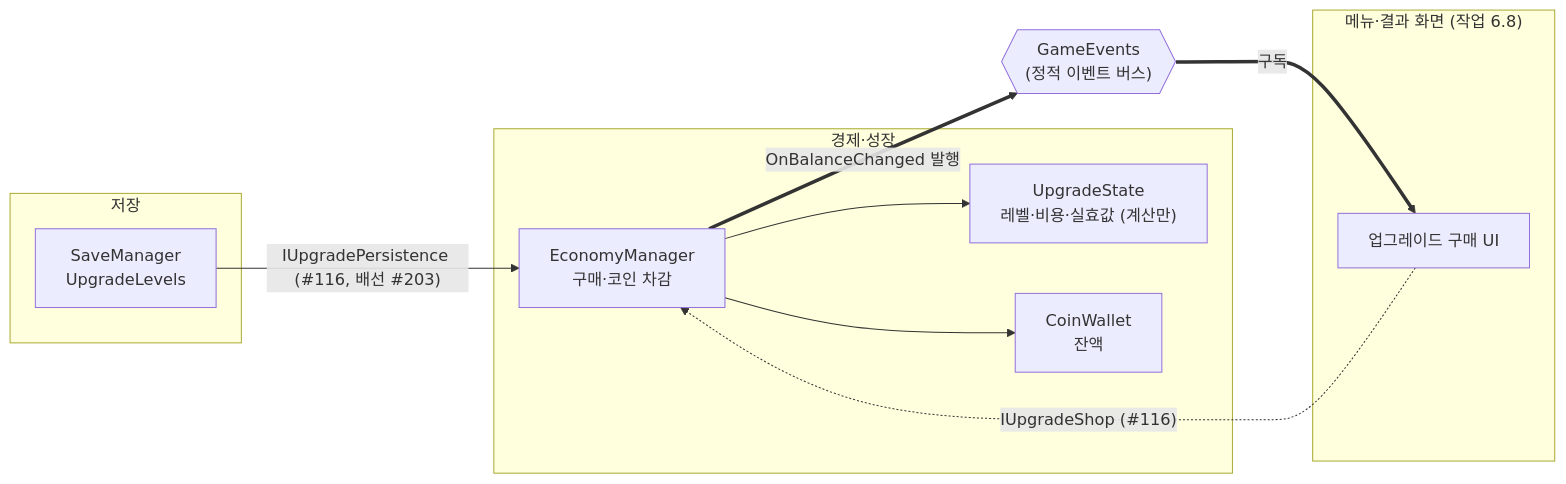
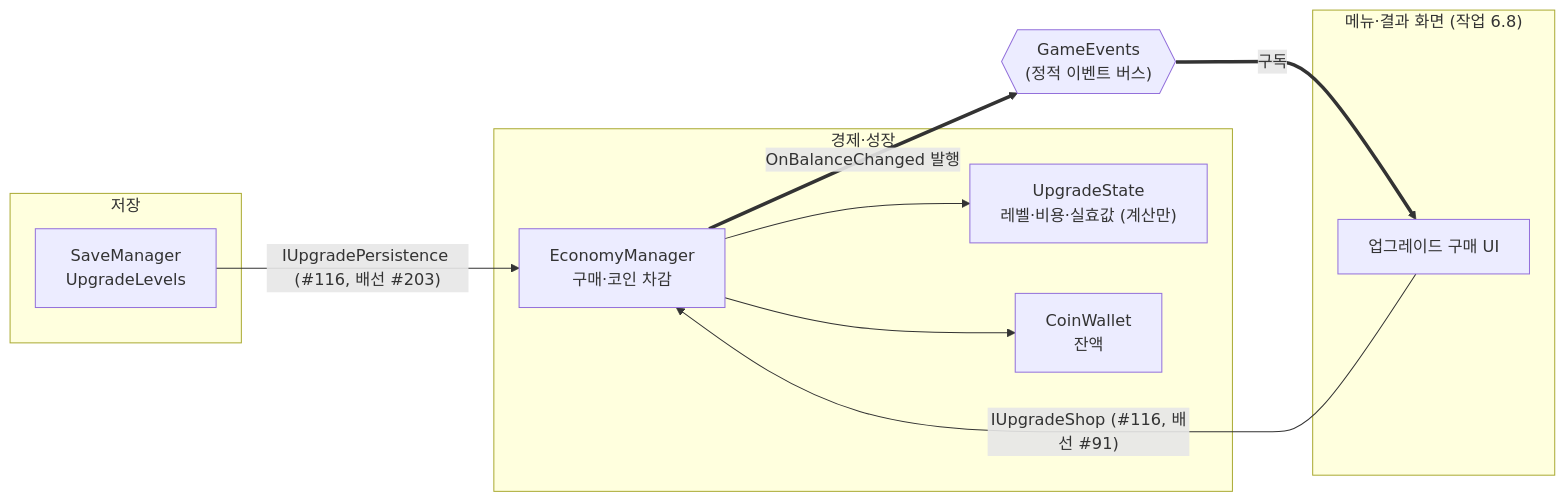
Before and after one commit to KDNA-Gwangju-1/NCAIClicker: the diagram in docs/TECH_NOTES/upgrades.md, drawn with Mermaid. The commit also changed other lines of this file and 8 other files, not shown here.

````diff
--- a/docs/TECH_NOTES/upgrades.md
+++ b/docs/TECH_NOTES/upgrades.md
@@ -55,25 +54,25 @@
 ```mermaid
 flowchart LR
   subgraph Economy["경제·성장"]
     mgr["EconomyManager<br/>구매·코인 차감"]
     state["UpgradeState<br/>레벨·비용·실효값 (계산만)"]
     wallet["CoinWallet<br/>잔액"]
   end
 
   subgraph Shop["메뉴·결과 화면 (작업 6.8)"]
     ui["업그레이드 구매 UI"]
   end
 
   subgraph Save["저장"]
     save["SaveManager<br/>UpgradeLevels"]
   end
 
   events{{"GameEvents<br/>(정적 이벤트 버스)"}}
 
   mgr --> state
   mgr --> wallet
-  ui -. "IUpgradeShop (#116)" .-> mgr
+  ui -- "IUpgradeShop (#116, 배선 #91)" --> mgr
   save -- "IUpgradePersistence (#116, 배선 #203)" --> mgr
   mgr == "OnBalanceChanged 발행" ==> events
   events == "구독" ==> ui
 ```
````
